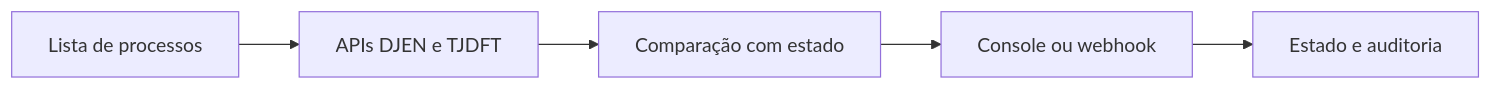
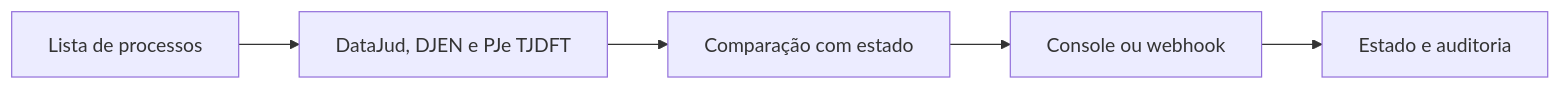
One commit to dbezerra95/portfolio-automacao-ia changed the diagram in judicial-monitor/README.md. Above: the diagram before and after it, drawn with Mermaid. The commit also changed other lines of this file and 8 other files, not shown here.

First line of the commit message:
feat(judicial-monitor): add CNJ DataJud source; highlight public court integrations

````diff
--- a/judicial-monitor/README.md
+++ b/judicial-monitor/README.md
@@ -14,7 +14,7 @@
 ```mermaid
 flowchart LR
-    A[Lista de processos] --> B[APIs DJEN e TJDFT]
+    A[Lista de processos] --> B[DataJud, DJEN e PJe TJDFT]
     B --> C[Comparação com estado]
     C --> D[Console ou webhook]
     D --> E[Estado e auditoria]
 ```
````
